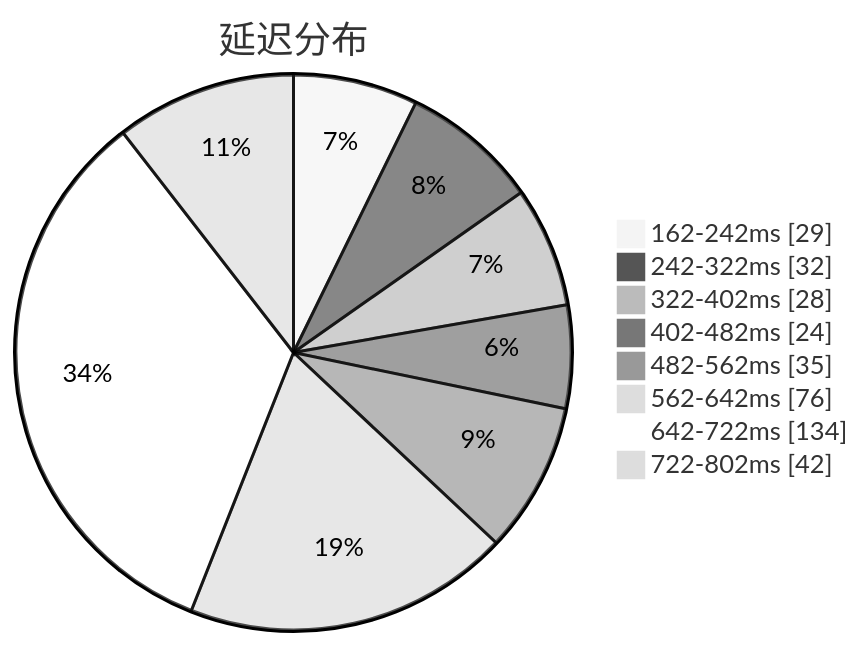
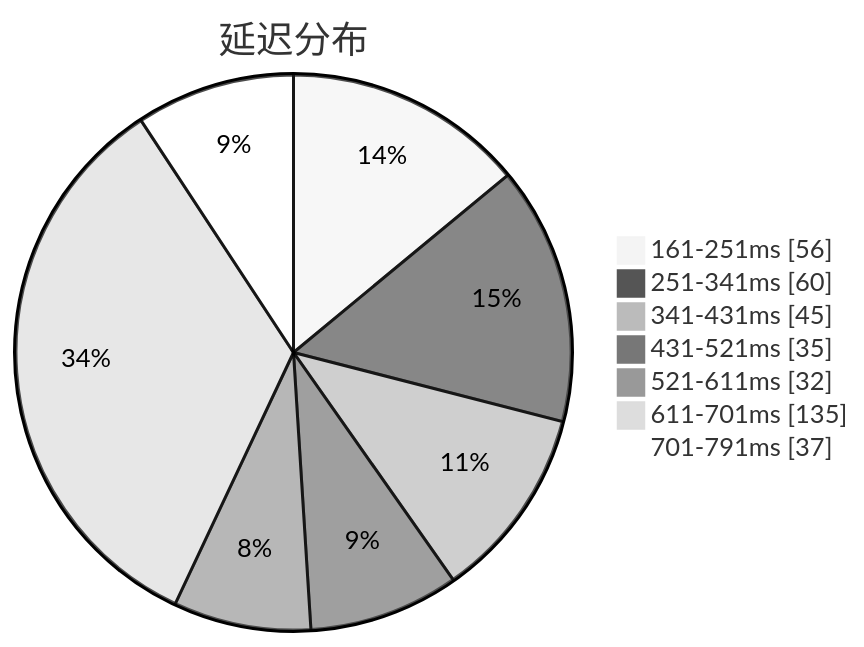
One commit to qjlxg/airport changed the first of 3 diagrams in subs/statistics/tested_within.md. Above: the diagram before and after it, drawn with Mermaid (neutral theme). The commit also changed other lines of this file and 2 other files, not shown here.

````diff
--- a/subs/statistics/tested_within.md
+++ b/subs/statistics/tested_within.md
@@ -2,12 +2,11 @@
 ```mermaid
 pie showData
 title 延迟分布
-"162-242ms" : 29
-"242-322ms" : 32
-"322-402ms" : 28
-"402-482ms" : 24
-"482-562ms" : 35
-"562-642ms" : 76
-"642-722ms" : 134
-"722-802ms" : 42
+"161-251ms" : 56
+"251-341ms" : 60
+"341-431ms" : 45
+"431-521ms" : 35
+"521-611ms" : 32
+"611-701ms" : 135
+"701-791ms" : 37
 ```
````
